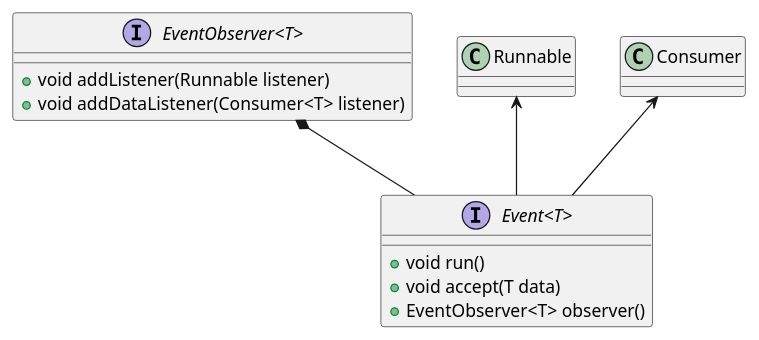
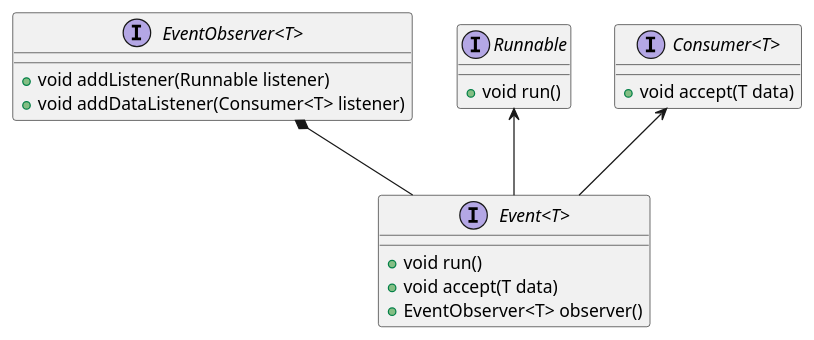
Before and after one commit to codion-is/codion: the first of 3 diagrams in documentation/src/docs/asciidoc/manual/common-core.adoc, drawn with PlantUML. The commit also changed other lines of this file and 3 other files, not shown here.

```diff
--- a/documentation/src/docs/asciidoc/manual/common-core.adoc
+++ b/documentation/src/docs/asciidoc/manual/common-core.adoc
@@ -12,19 +12,27 @@
 [plantuml, event-diagram, svg, align=center]
 -------------------------------------------
 skinparam genericDisplay old
 
 interface Event<T> {
     +void run()
     +void accept(T data)
     +EventObserver<T> observer()
 }
 
 interface EventObserver<T> {
     +void addListener(Runnable listener)
     +void addDataListener(Consumer<T> listener)
 }
 
+interface Runnable {
+    + void run()
+}
+
+interface Consumer<T> {
+    + void accept(T data)
+}
+
 Runnable <-- Event
 Consumer <-- Event
 EventObserver *-- Event
 -------------------------------------------
```
